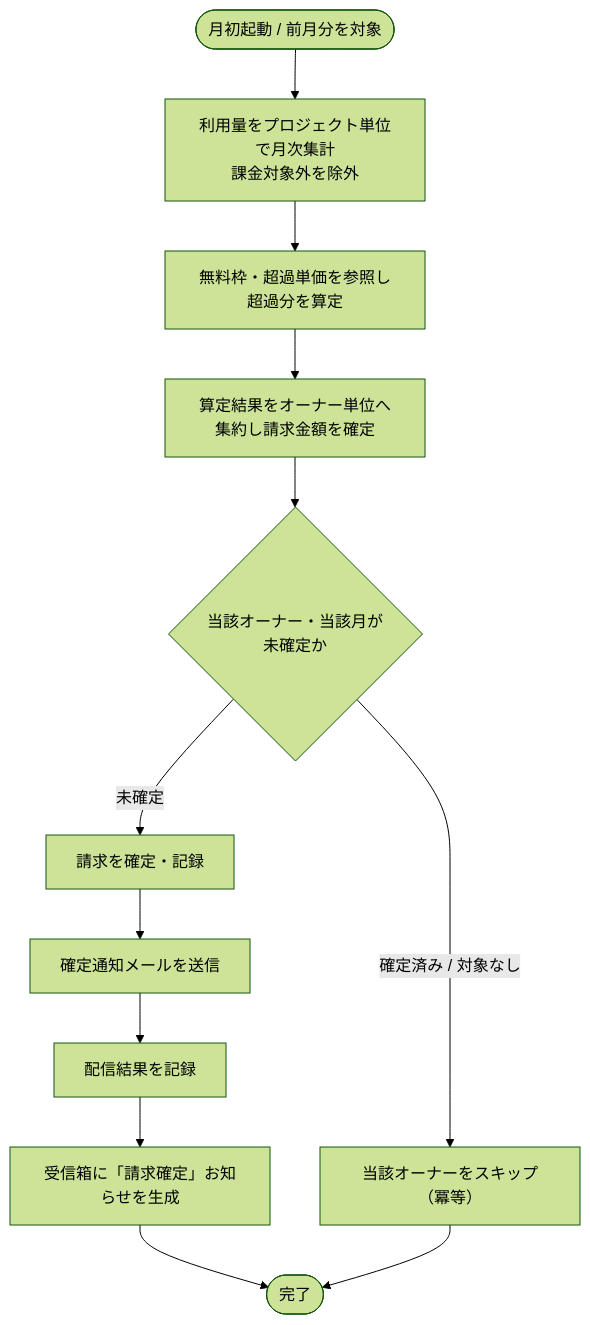
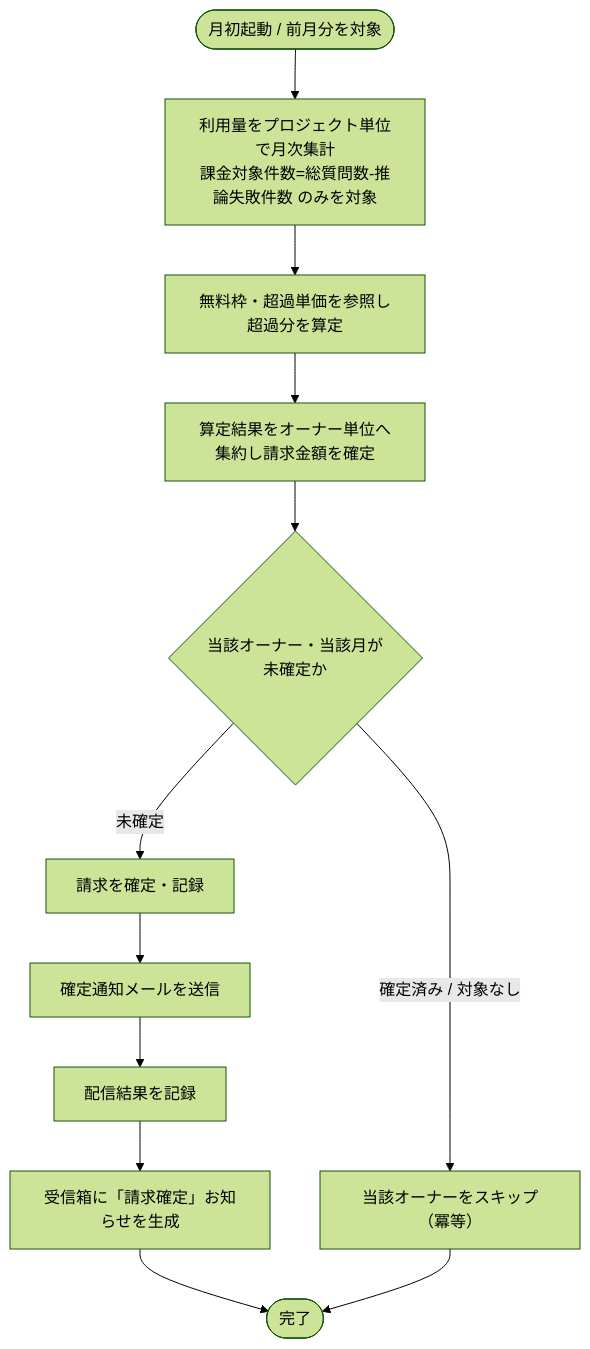
One commit to sikakou54/open-faq changed the diagram in 02_basic_design/02_backend/01_system/SYS-019.md. Above: the diagram before and after it, drawn with Mermaid (forest theme). The commit also changed other lines of this file and 29 other files, not shown here.

````diff
--- a/02_basic_design/02_backend/01_system/SYS-019.md
+++ b/02_basic_design/02_backend/01_system/SYS-019.md
@@ -23,14 +23,14 @@
 ```mermaid
 flowchart TB
-  S([月初起動 / 前月分を対象]) --> A[利用量をプロジェクト単位で月次集計<br/>課金対象外を除外]
+  S([月初起動 / 前月分を対象]) --> A[利用量をプロジェクト単位で月次集計<br/>課金対象件数=総質問数-推論失敗件数 のみを対象]
   A --> B[無料枠・超過単価を参照し超過分を算定]
   B --> C[算定結果をオーナー単位へ集約し請求金額を確定]
   C --> D{当該オーナー・当該月が<br/>未確定か}
   D -- 未確定 --> E[請求を確定・記録]
   E --> F[確定通知メールを送信]
   F --> G[配信結果を記録]
   G --> H[受信箱に「請求確定」お知らせを生成]
   D -- 確定済み / 対象なし --> I[当該オーナーをスキップ（冪等）]
   H --> J([完了])
   I --> J
 ```
````
